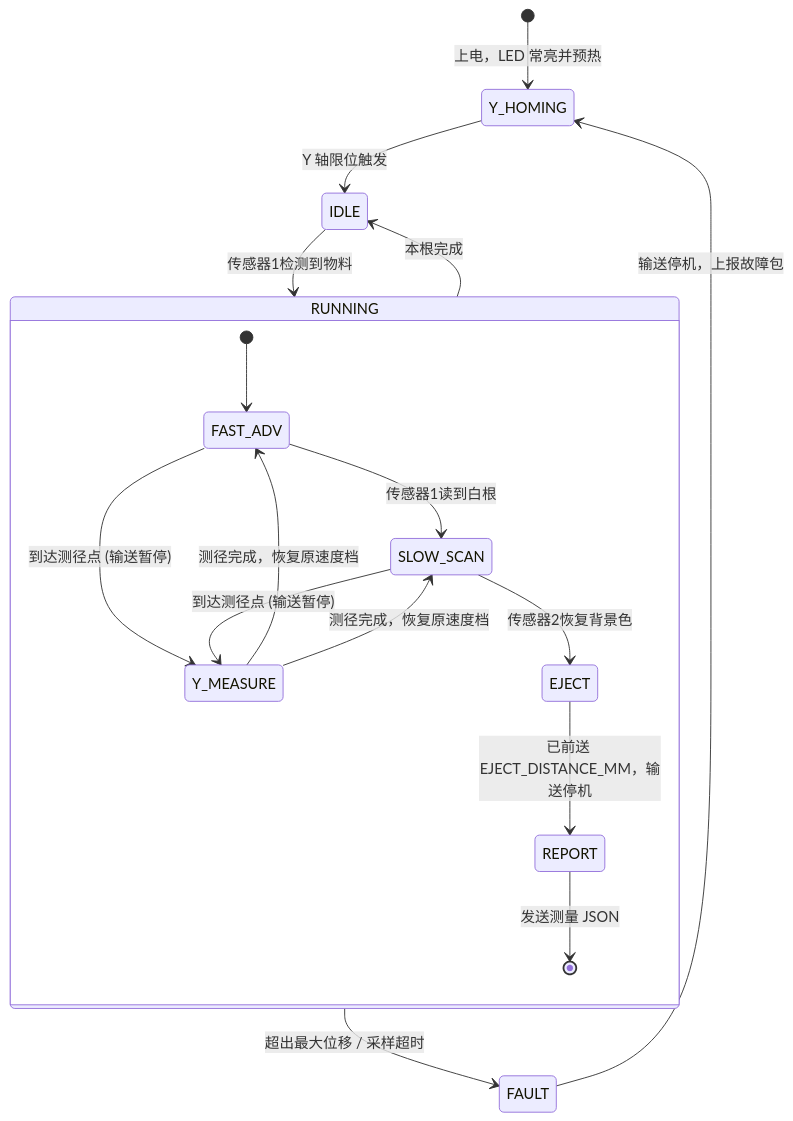
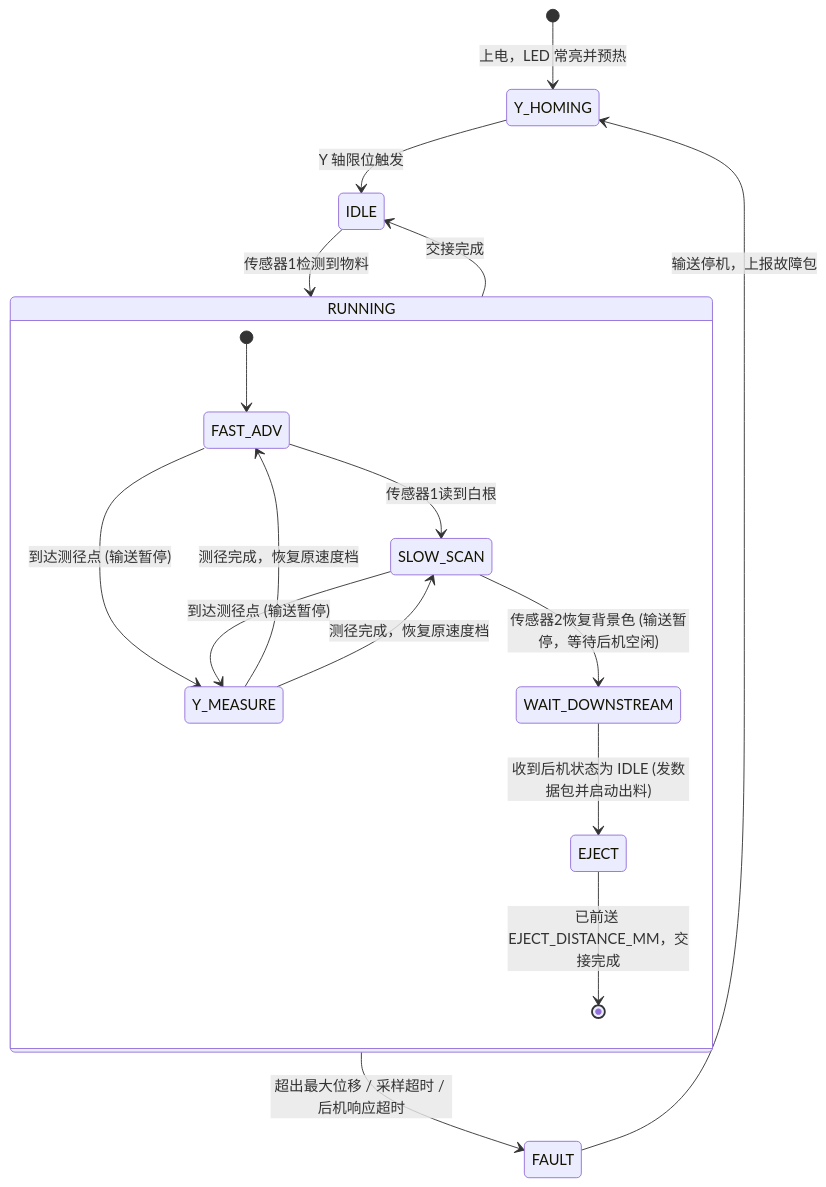
One commit to voicevon/thin_wall changed the diagram in head/README.md. Above: the diagram before and after it, drawn with Mermaid. The commit also changed other lines of this file and 2 other files, not shown here.

````diff
--- a/head/README.md
+++ b/head/README.md
@@ -147,22 +162,22 @@
 ```mermaid
 stateDiagram-v2
     [*] --> Y_HOMING : 上电，LED 常亮并预热
     Y_HOMING --> IDLE : Y 轴限位触发
 
     state RUNNING {
         [*] --> FAST_ADV
         FAST_ADV --> SLOW_SCAN : 传感器1读到白根
         FAST_ADV --> Y_MEASURE : 到达测径点 (输送暂停)
         SLOW_SCAN --> Y_MEASURE : 到达测径点 (输送暂停)
         Y_MEASURE --> FAST_ADV : 测径完成，恢复原速度档
         Y_MEASURE --> SLOW_SCAN : 测径完成，恢复原速度档
-        SLOW_SCAN --> EJECT : 传感器2恢复背景色
-        EJECT --> REPORT : 已前送 EJECT_DISTANCE_MM，输送停机
-        REPORT --> [*] : 发送测量 JSON
+        SLOW_SCAN --> WAIT_DOWNSTREAM : 传感器2恢复背景色 (输送暂停，等待后机空闲)
+        WAIT_DOWNSTREAM --> EJECT : 收到后机状态为 IDLE (发数据包并启动出料)
+        EJECT --> [*] : 已前送 EJECT_DISTANCE_MM，交接完成
     }
 
     IDLE --> RUNNING : 传感器1检测到物料
-    RUNNING --> IDLE : 本根完成
-    RUNNING --> FAULT : 超出最大位移 / 采样超时
+    RUNNING --> IDLE : 交接完成
+    RUNNING --> FAULT : 超出最大位移 / 采样超时 / 后机响应超时
     FAULT --> Y_HOMING : 输送停机，上报故障包
 ```
````
